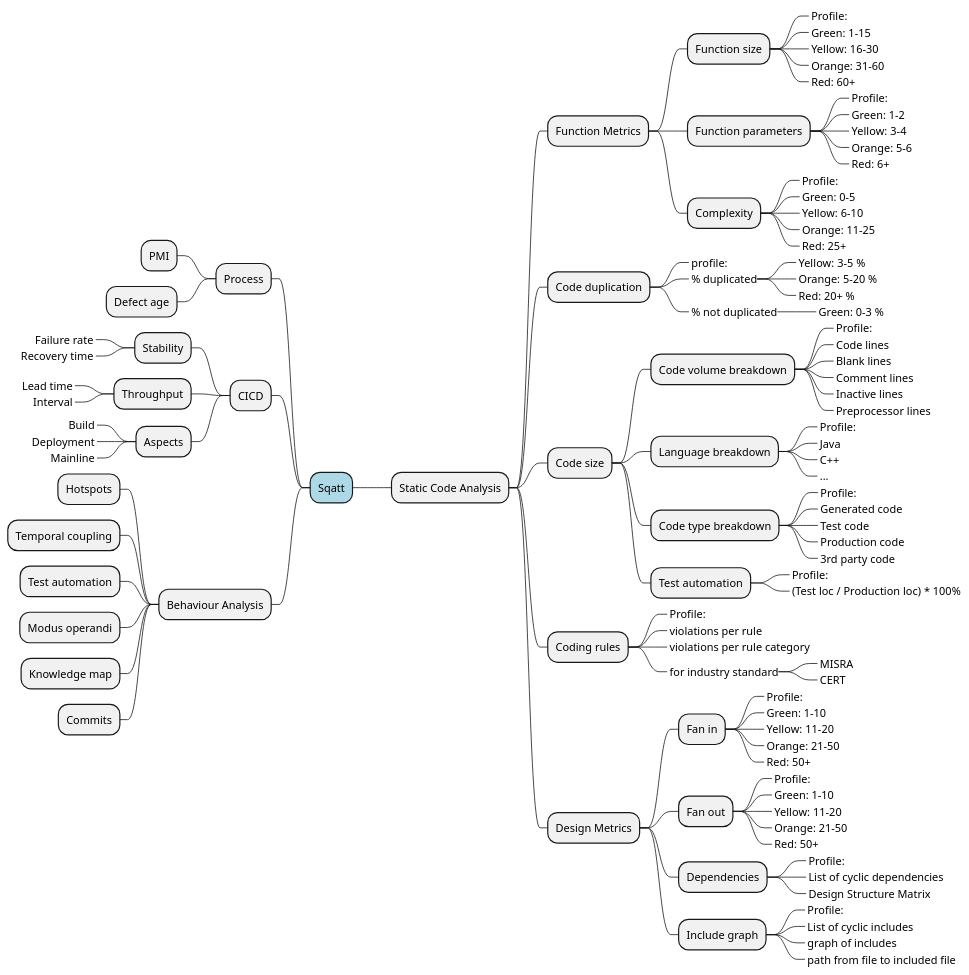
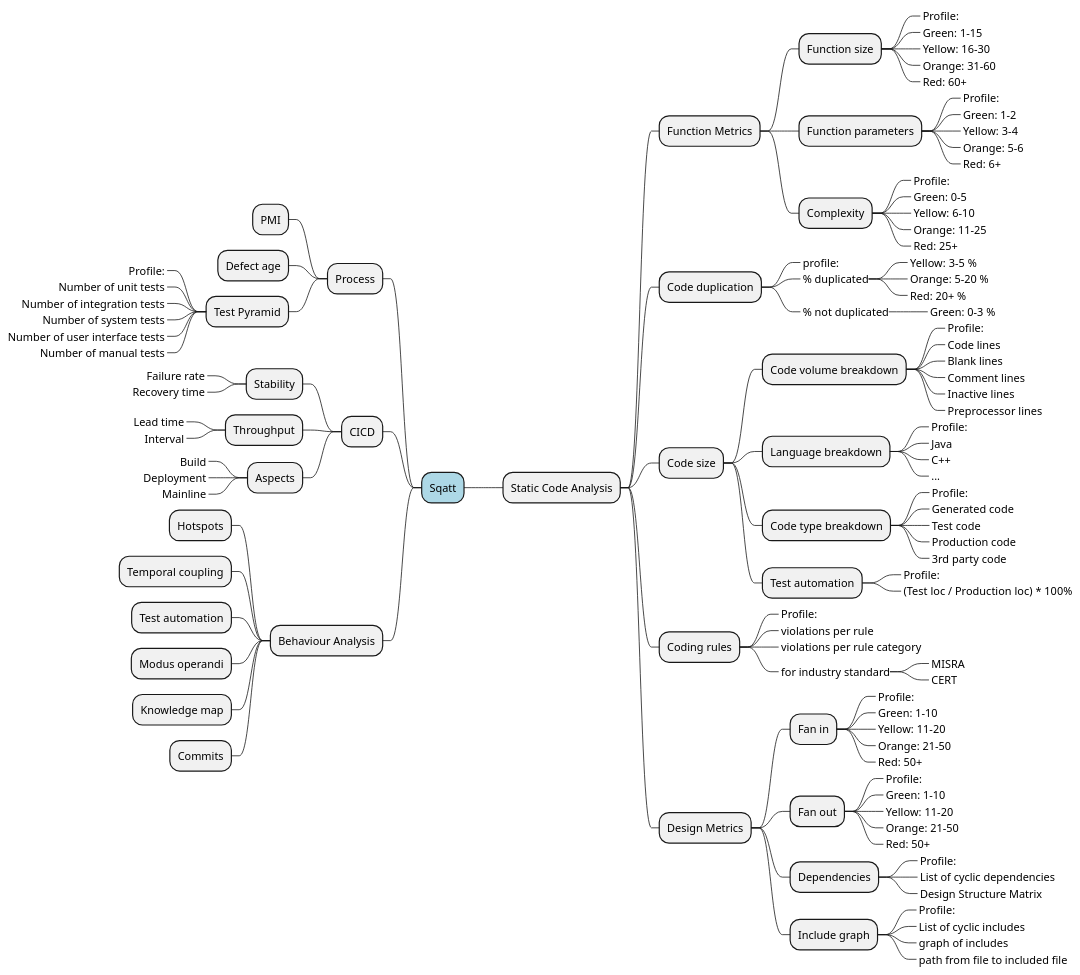
One commit to rschuitema/sqatt changed the diagram in doc/mindmap.puml. Above: the diagram before and after it, drawn with PlantUML.

Commit message:
add test pyramid to mindmap

```diff
--- a/doc/mindmap.puml
+++ b/doc/mindmap.puml
@@ -1,125 +1,132 @@
 @startmindmap
 *[#lightblue] Sqatt
 
 -- Process
 --- PMI
 --- Defect age
+--- Test Pyramid
+----_ Profile:
+----_ Number of unit tests
+----_ Number of integration tests
+----_ Number of system tests
+----_ Number of user interface tests
+----_ Number of manual tests
 
 -- CICD
 --- Stability
 ----_ Failure rate
 ----_ Recovery time
 --- Throughput
 ----_ Lead time
 ----_ Interval
 --- Aspects
 ----_ Build
 ----_ Deployment
 ----_ Mainline
 
 -- Behaviour Analysis
 --- Hotspots
 --- Temporal coupling
 --- Test automation
 --- Modus operandi
 --- Knowledge map
 --- Commits
 
 
 
 
 ** Static Code Analysis
 
 *** Function Metrics
 
 **** Function size
 *****_ Profile:
 *****_ Green: 1-15
 *****_ Yellow: 16-30
 *****_ Orange: 31-60
 *****_ Red: 60+
 
 **** Function parameters
 *****_ Profile:
 *****_ Green: 1-2
 *****_ Yellow: 3-4
 *****_ Orange: 5-6
 *****_ Red: 6+
 
 **** Complexity
 *****_ Profile:
 *****_ Green: 0-5
 *****_ Yellow: 6-10
 *****_ Orange: 11-25
 *****_ Red: 25+
 
 *** Code duplication
 ****_ profile:
 ****_ % duplicated
 *****_ Yellow: 3-5 %
 *****_ Orange: 5-20 %
 *****_ Red: 20+ %
 ****_ % not duplicated
 *****_ Green: 0-3 %
 
 *** Code size
 **** Code volume breakdown
 *****_ Profile:
 *****_ Code lines
 *****_ Blank lines
 *****_ Comment lines
 *****_ Inactive lines
 *****_ Preprocessor lines
 
 **** Language breakdown
 *****_ Profile:
 *****_ Java
 *****_ C++
 *****_ ...
 
 **** Code type breakdown
 *****_ Profile:
 *****_ Generated code
 *****_ Test code
 *****_ Production code
 *****_ 3rd party code
 
 **** Test automation
 *****_ Profile:
 *****_ (Test loc / Production loc) * 100%
 
 *** Coding rules
 ****_ Profile:
 ****_ violations per rule
 ****_ violations per rule category
 ****_ for industry standard
 *****_ MISRA
 *****_ CERT
 
 *** Design Metrics
 **** Fan in
 *****_ Profile:
 *****_ Green: 1-10
 *****_ Yellow: 11-20
 *****_ Orange: 21-50
 *****_ Red: 50+
 
 **** Fan out
 *****_ Profile:
 *****_ Green: 1-10
 *****_ Yellow: 11-20
 *****_ Orange: 21-50
 *****_ Red: 50+
 
 **** Dependencies
 *****_ Profile:
 *****_ List of cyclic dependencies
 *****_ Design Structure Matrix
 
 **** Include graph
 *****_ Profile:
 *****_ List of cyclic includes
 *****_ graph of includes
 *****_ path from file to included file
 
 @endmindmap
```
